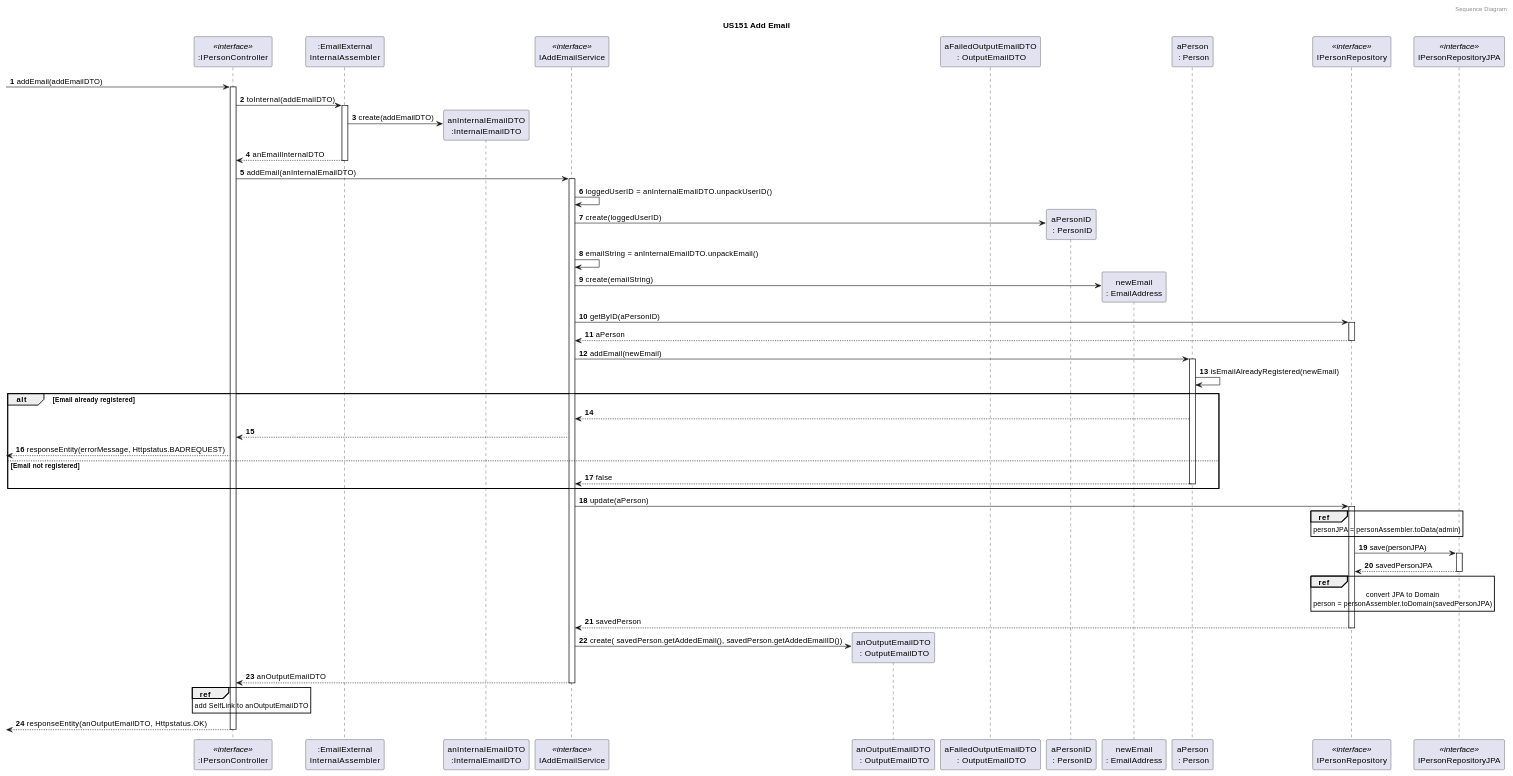
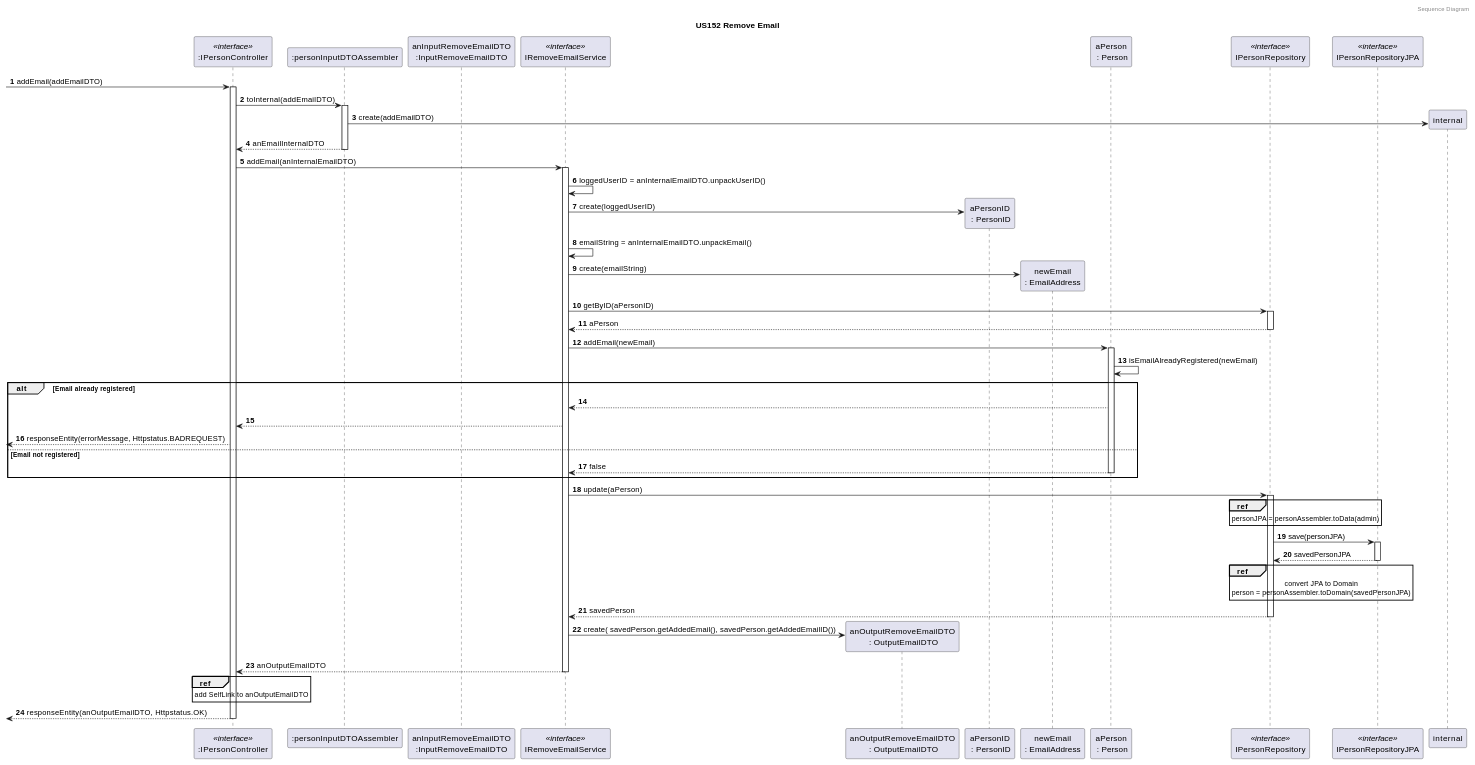
The fourth of 4 diagrams in docs/sprint7/user_stories/US152_RemoveEmail.md (tomas-osswald/switch_2020_g3), drawn with PlantUML before and after one commit. The commit also changed 1 other file, not shown here.

Commit message:
Updated Bootstrap and US152 SD

```diff
--- a/docs/sprint7/user_stories/US152_RemoveEmail.md
+++ b/docs/sprint7/user_stories/US152_RemoveEmail.md
@@ -197,16 +197,15 @@
 
 autonumber
 header Sequence Diagram
-title US151 Add Email
+title US152 Remove Email
 
 participant ":IPersonController" as controller <<interface>>
-participant ":EmailExternal\nInternalAssembler" as assembler
-participant "anInternalEmailDTO\n:InternalEmailDTO" as internal
+participant ":personInputDTOAssembler" as assembler
+participant "anInputRemoveEmailDTO\n:InputRemoveEmailDTO" as input
 
-participant "IAddEmailService" as service <<interface>>
+participant "IRemoveEmailService" as service <<interface>>
 
-participant "anOutputEmailDTO\n : OutputEmailDTO" as output
-participant "aFailedOutputEmailDTO\n : OutputEmailDTO" as failoutput
+participant "anOutputRemoveEmailDTO\n : OutputEmailDTO" as output
 
 participant "aPersonID\n : PersonID" as personid
 participant "newEmail\n: EmailAddress" as email
```
